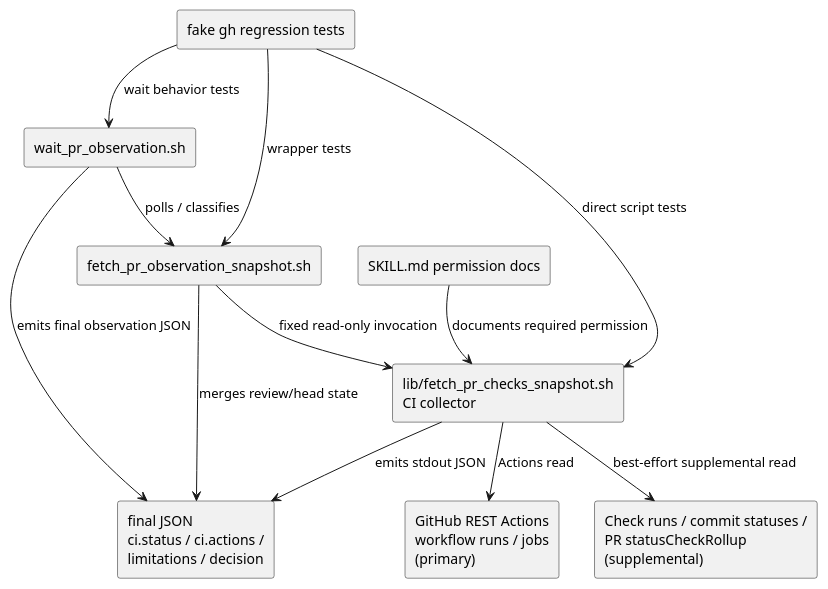
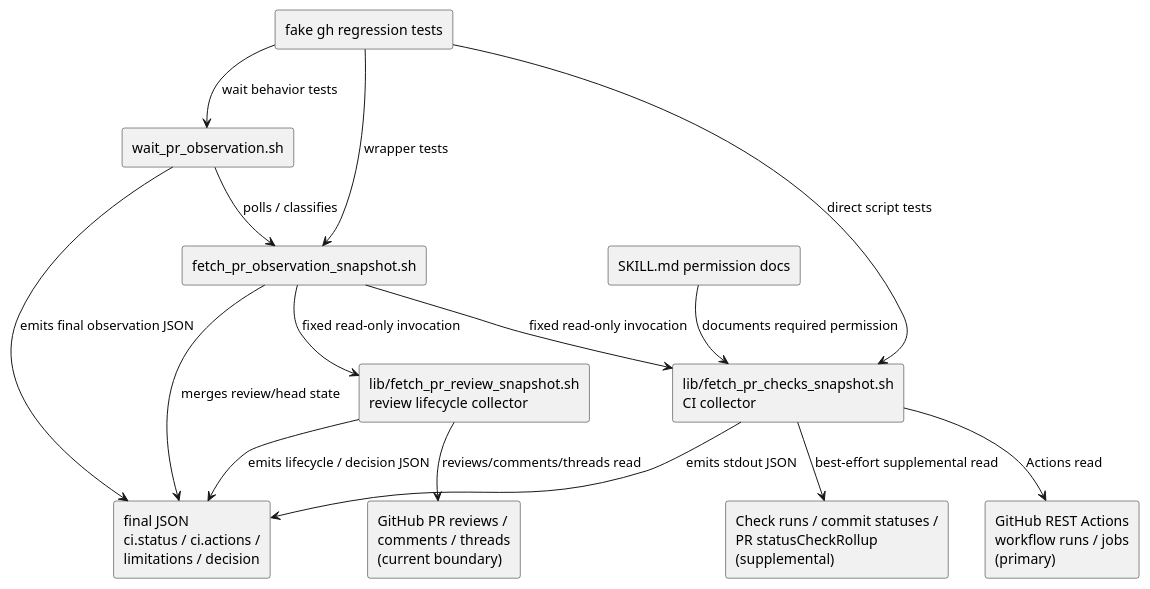
Before and after one commit to chemitaro/spec-dock: the diagram in spec-dock/initiatives/init-local-00003-architecture-maintenance-and-hardening/epics/epic-00158-agent-workflow-pdca-hardening/issues/iss-00187-actions-pr-observation-ci-state/design.md, drawn with PlantUML. The commit also changed other lines of this file and 6 other files, not shown here.

````diff
--- a/spec-dock/initiatives/init-local-00003-architecture-maintenance-and-hardening/epics/epic-00158-agent-workflow-pdca-hardening/issues/iss-00187-actions-pr-observation-ci-state/design.md
+++ b/spec-dock/initiatives/init-local-00003-architecture-maintenance-and-hardening/epics/epic-00158-agent-workflow-pdca-hardening/issues/iss-00187-actions-pr-observation-ci-state/design.md
@@ -116,26 +134,31 @@
 ```plantuml
 @startuml
 top to bottom direction
 
 rectangle "wait_pr_observation.sh" as Wait
 rectangle "fetch_pr_observation_snapshot.sh" as Snapshot
 rectangle "lib/fetch_pr_checks_snapshot.sh\nCI collector" as Collector
+rectangle "lib/fetch_pr_review_snapshot.sh\nreview lifecycle collector" as ReviewCollector
 rectangle "GitHub REST Actions\nworkflow runs / jobs\n(primary)" as Actions
 rectangle "Check runs / commit statuses /\nPR statusCheckRollup\n(supplemental)" as Supplemental
+rectangle "GitHub PR reviews /\ncomments / threads\n(current boundary)" as ReviewApi
 rectangle "final JSON\nci.status / ci.actions /\nlimitations / decision" as Json
 rectangle "fake gh regression tests" as Tests
 rectangle "SKILL.md permission docs" as Skill
 
 Wait --> Snapshot : polls / classifies
 Snapshot --> Collector : fixed read-only invocation
+Snapshot --> ReviewCollector : fixed read-only invocation
 Collector --> Actions : Actions read
 Collector --> Supplemental : best-effort supplemental read
+ReviewCollector --> ReviewApi : reviews/comments/threads read
 Collector --> Json : emits stdout JSON
+ReviewCollector --> Json : emits lifecycle / decision JSON
 Snapshot --> Json : merges review/head state
 Wait --> Json : emits final observation JSON
 Tests --> Collector : direct script tests
 Tests --> Snapshot : wrapper tests
 Tests --> Wait : wait behavior tests
 Skill --> Collector : documents required permission
 @enduml
 ```
````
